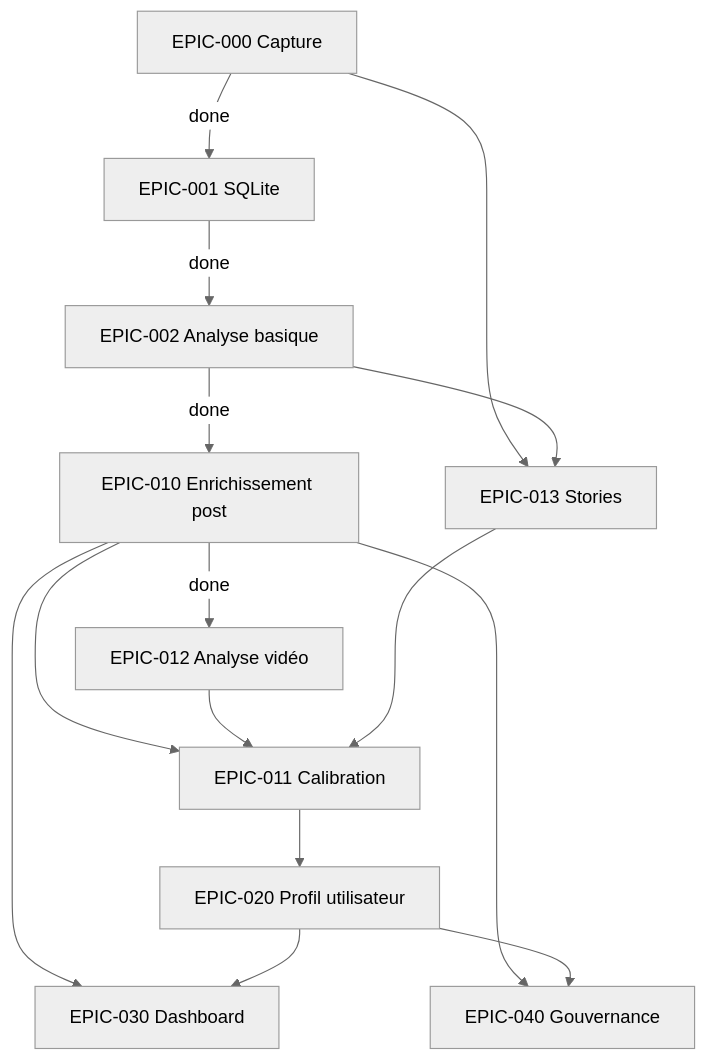
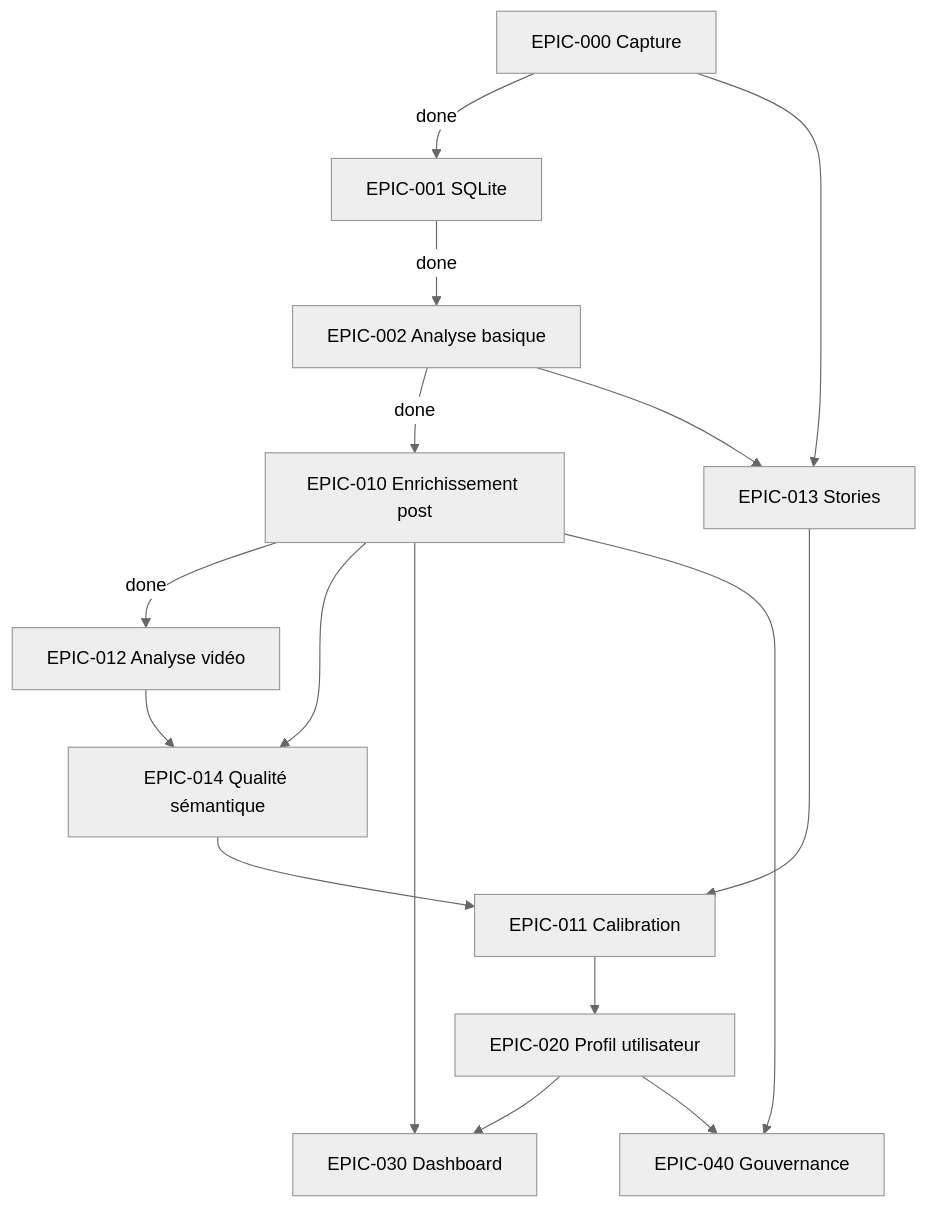
One commit to ChariereFiedler/scrollout changed the third of 3 diagrams in docs/ROADMAP.epic.md. Above: the diagram before and after it, drawn with Mermaid (neutral theme). The commit also changed other lines of this file and 25 other files, not shown here.

````diff
--- a/docs/ROADMAP.epic.md
+++ b/docs/ROADMAP.epic.md
@@ -428,17 +672,18 @@
 ```mermaid
 graph TD
     E000[EPIC-000 Capture] -->|done| E001[EPIC-001 SQLite]
     E001 -->|done| E002[EPIC-002 Analyse basique]
     E002 -->|done| E010[EPIC-010 Enrichissement post]
     E010 -->|done| E012[EPIC-012 Analyse vidéo]
     E000 --> E013[EPIC-013 Stories]
     E002 --> E013
-    E010 --> E011[EPIC-011 Calibration]
-    E012 --> E011
+    E010 --> E014[EPIC-014 Qualité sémantique]
+    E012 --> E014
+    E014 --> E011[EPIC-011 Calibration]
     E013 --> E011
     E011 --> E020[EPIC-020 Profil utilisateur]
     E010 --> E030[EPIC-030 Dashboard]
     E020 --> E030
     E010 --> E040[EPIC-040 Gouvernance]
     E020 --> E040
 ```
````
